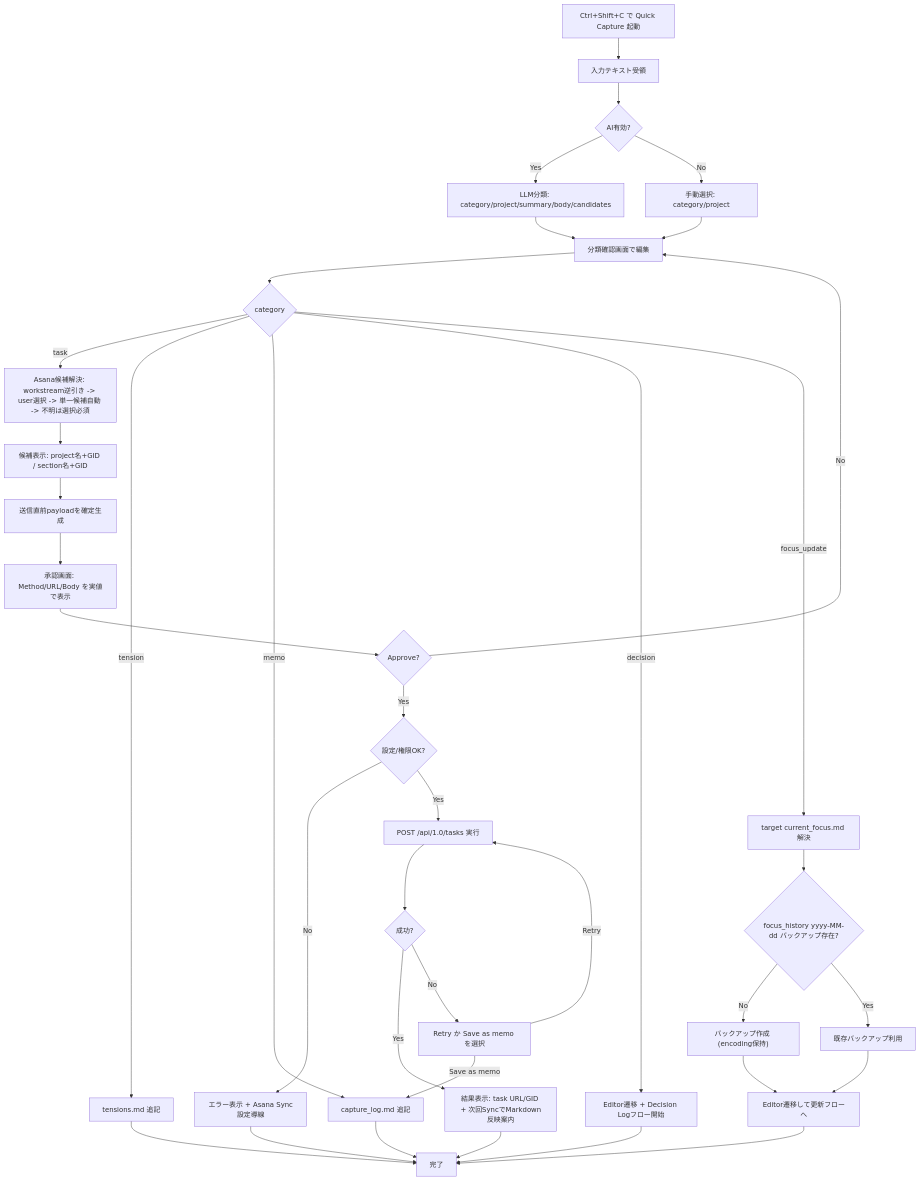
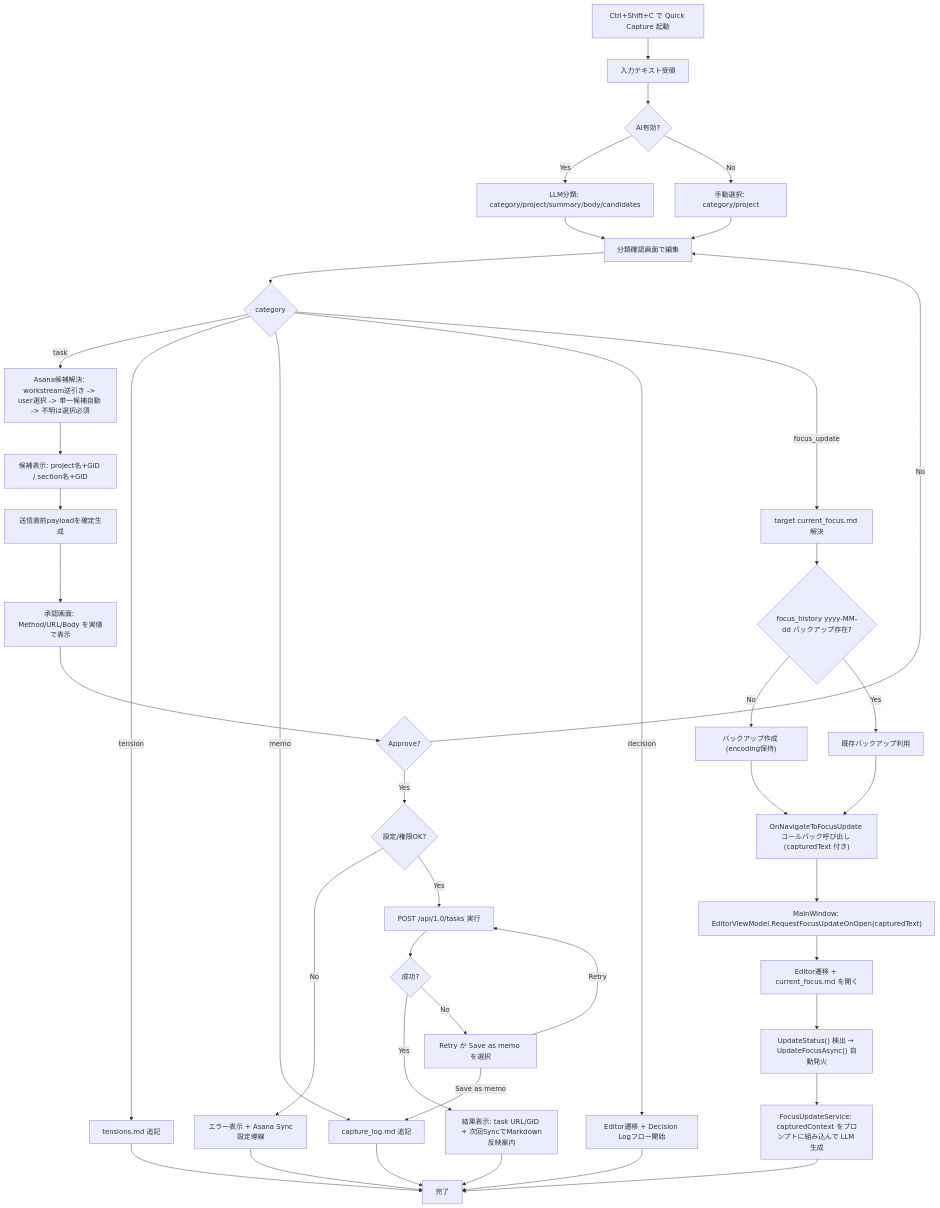
One commit to yt3trees/ProjectCurator changed the diagram in _ai-work/global_capture_plan.md. Above: the diagram before and after it, drawn with Mermaid. The commit also changed other lines of this file and 11 other files, not shown here.

Commit message:
feat: implement quick capture routing and focus update flow

````diff
--- a/_ai-work/global_capture_plan.md
+++ b/_ai-work/global_capture_plan.md
@@ -640,43 +663,47 @@
 ```mermaid
 flowchart TD
     A["Ctrl+Shift+C で Quick Capture 起動"] --> B["入力テキスト受領"]
     B --> C{"AI有効?"}
     C -->|"Yes"| D["LLM分類: category/project/summary/body/candidates"]
     C -->|"No"| E["手動選択: category/project"]
     D --> F["分類確認画面で編集"]
     E --> F
     F --> G{"category"}
 
     G -->|"task"| T1["Asana候補解決: workstream逆引き -> user選択 -> 単一候補自動 -> 不明は選択必須"]
     T1 --> T2["候補表示: project名+GID / section名+GID"]
     T2 --> T3["送信直前payloadを確定生成"]
     T3 --> T4["承認画面: Method/URL/Body を実値で表示"]
     T4 --> T5{"Approve?"}
     T5 -->|"No"| F
     T5 -->|"Yes"| T6{"設定/権限OK?"}
     T6 -->|"No"| T7["エラー表示 + Asana Sync設定導線"]
     T6 -->|"Yes"| T8["POST /api/1.0/tasks 実行"]
     T8 --> T9{"成功?"}
     T9 -->|"Yes"| T10["結果表示: task URL/GID + 次回SyncでMarkdown反映案内"]
     T9 -->|"No"| T11["Retry か Save as memo を選択"]
     T11 -->|"Retry"| T8
     T11 -->|"Save as memo"| M1
 
     G -->|"tension"| N1["tensions.md 追記"]
     G -->|"memo"| M1["capture_log.md 追記"]
     G -->|"decision"| D1["Editor遷移 + Decision Logフロー開始"]
 
     G -->|"focus_update"| F1["target current_focus.md 解決"]
     F1 --> F2{"focus_history yyyy-MM-dd バックアップ存在?"}
     F2 -->|"No"| F3["バックアップ作成 (encoding保持)"]
     F2 -->|"Yes"| F4["既存バックアップ利用"]
-    F3 --> F5["Editor遷移して更新フローへ"]
+    F3 --> F5["OnNavigateToFocusUpdate コールバック呼び出し (capturedText 付き)"]
     F4 --> F5
+    F5 --> F6["MainWindow: EditorViewModel.RequestFocusUpdateOnOpen(capturedText)"]
+    F6 --> F7["Editor遷移 + current_focus.md を開く"]
+    F7 --> F8["UpdateStatus() 検出 → UpdateFocusAsync() 自動発火"]
+    F8 --> F9["FocusUpdateService: capturedContext をプロンプトに組み込んで LLM 生成"]
 
     N1 --> Z["完了"]
     M1 --> Z
     D1 --> Z
     T7 --> Z
     T10 --> Z
-    F5 --> Z
+    F9 --> Z
 ```
````
